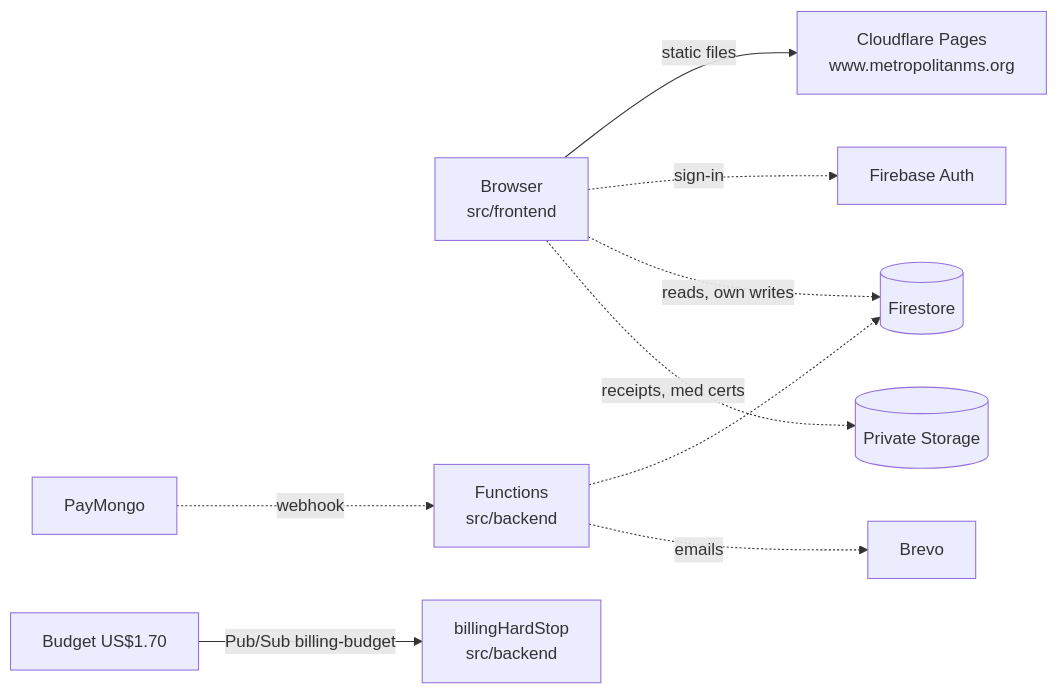
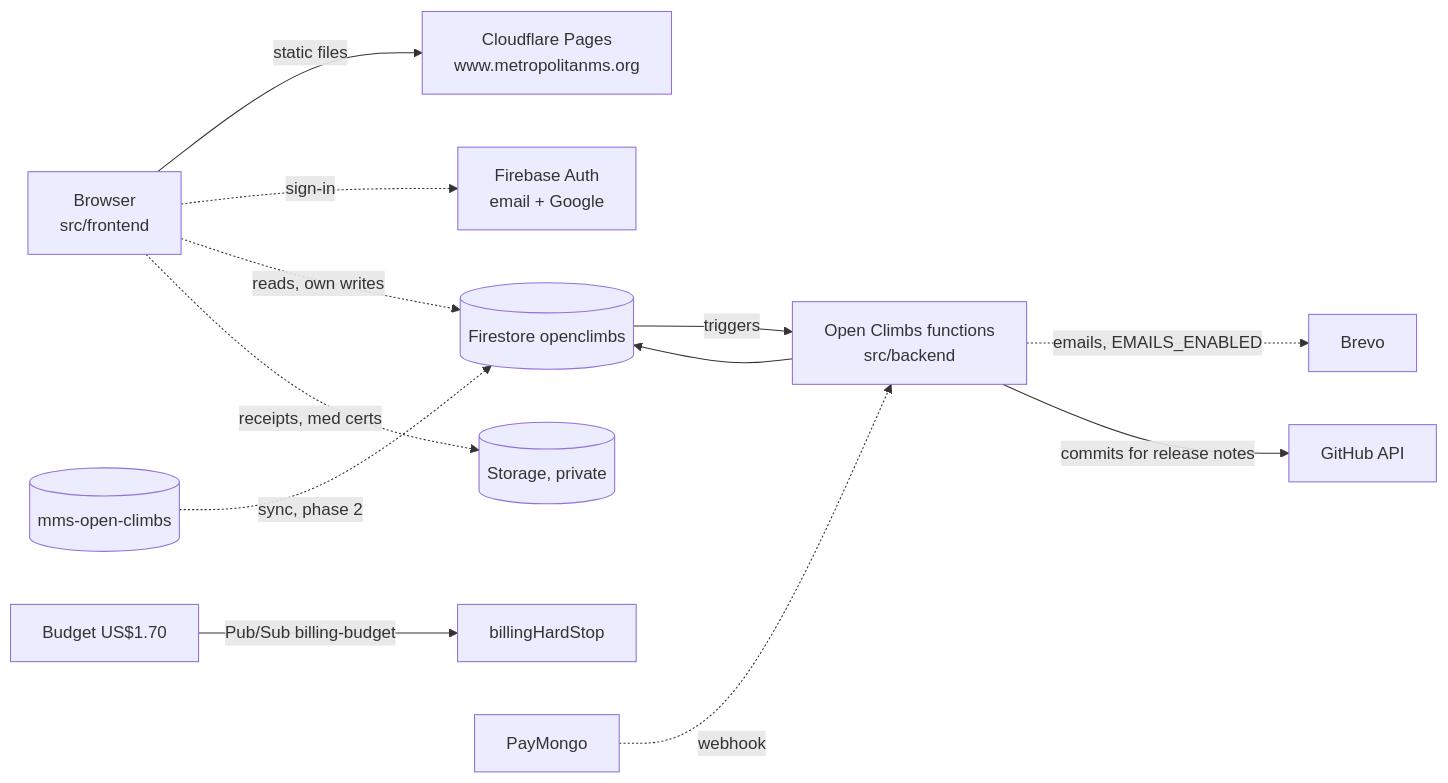
Before and after one commit to Oweeboi011/MMS-Official-Site: the first of 2 diagrams in docs/guides/ARCHITECTURE.md, drawn with Mermaid. The commit also changed other lines of this file and 9 other files, not shown here.

````diff
--- a/docs/guides/ARCHITECTURE.md
+++ b/docs/guides/ARCHITECTURE.md
@@ -9,11 +9,14 @@
 ```mermaid
 flowchart LR
   B[Browser<br/>src/frontend] -->|static files| CF[Cloudflare Pages<br/>www.metropolitanms.org]
-  B -.->|sign-in| A[Firebase Auth]
-  B -.->|reads, own writes| D[(Firestore)]
-  B -.->|receipts, med certs| S[(Private Storage)]
-  BU[Budget US$1.70] -->|Pub/Sub billing-budget| H[billingHardStop<br/>src/backend]
-  F[Functions<br/>src/backend] -.-> D
+  B -.->|sign-in| A[Firebase Auth<br/>email + Google]
+  B -.->|reads, own writes| D[(Firestore openclimbs)]
+  B -.->|receipts, med certs| S[(Storage, private)]
+  D -->|triggers| F[Open Climbs functions<br/>src/backend]
+  F --> D
+  F -.->|emails, EMAILS_ENABLED| E[Brevo]
+  F -->|commits for release notes| GH[GitHub API]
+  OLD[(mms-open-climbs)] -.->|sync, phase 2| D
+  BU[Budget US$1.70] -->|Pub/Sub billing-budget| H[billingHardStop]
   P[PayMongo] -.->|webhook| F
-  F -.->|emails| E[Brevo]
 ```
````
